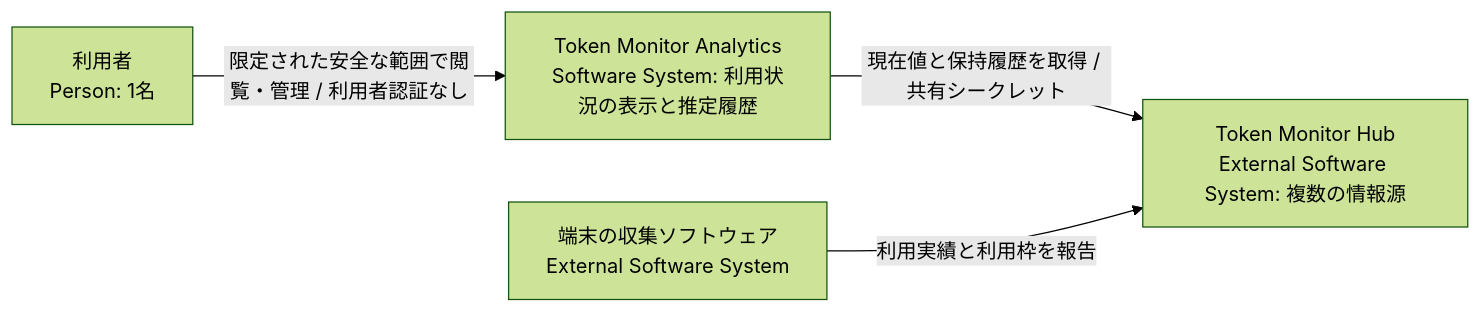
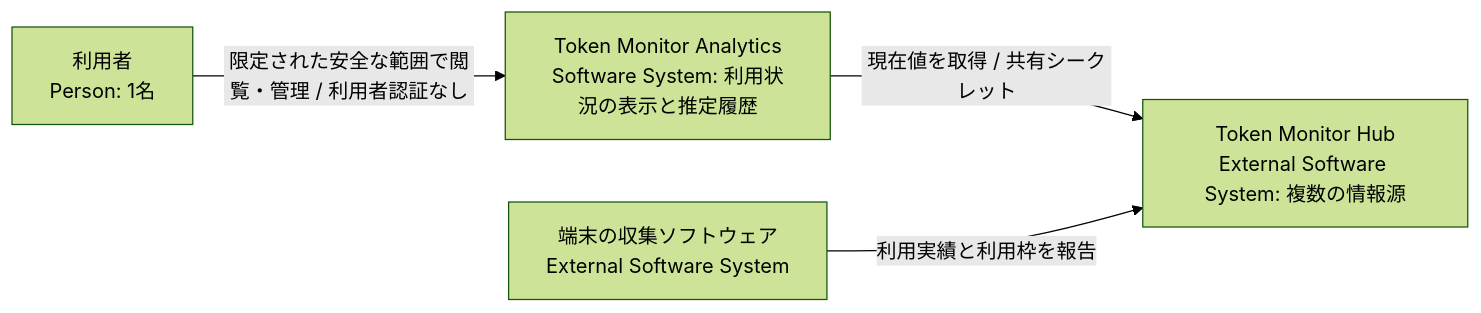
Before and after one commit to nuitsjp/token-monitor-analytics: the first of 4 diagrams in docs/architecture.md, drawn with Mermaid (forest theme). The commit also changed other lines of this file and 43 other files, not shown here.

````diff
--- a/docs/architecture.md
+++ b/docs/architecture.md
@@ -16,10 +16,10 @@
 ```mermaid
 flowchart LR
     Person["利用者<br/>Person: 1名"]
     Analytics["Token Monitor Analytics<br/>Software System: 利用状況の表示と推定履歴"]
     Hub["Token Monitor Hub<br/>External Software System: 複数の情報源"]
     Devices["端末の収集ソフトウェア<br/>External Software System"]
     Person -->|限定された安全な範囲で閲覧・管理 / 利用者認証なし| Analytics
-    Analytics -->|現在値と保持履歴を取得 / 共有シークレット| Hub
+    Analytics -->|現在値を取得 / 共有シークレット| Hub
     Devices -->|利用実績と利用枠を報告| Hub
 ```
````
